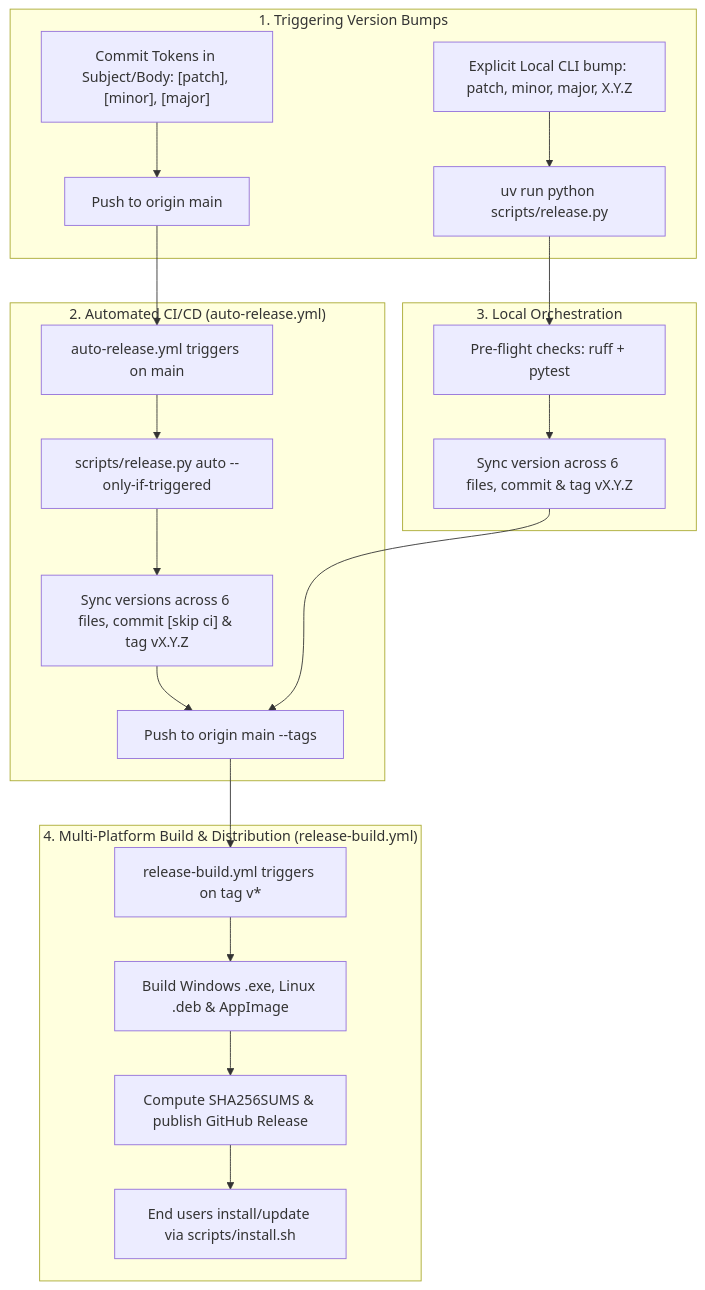
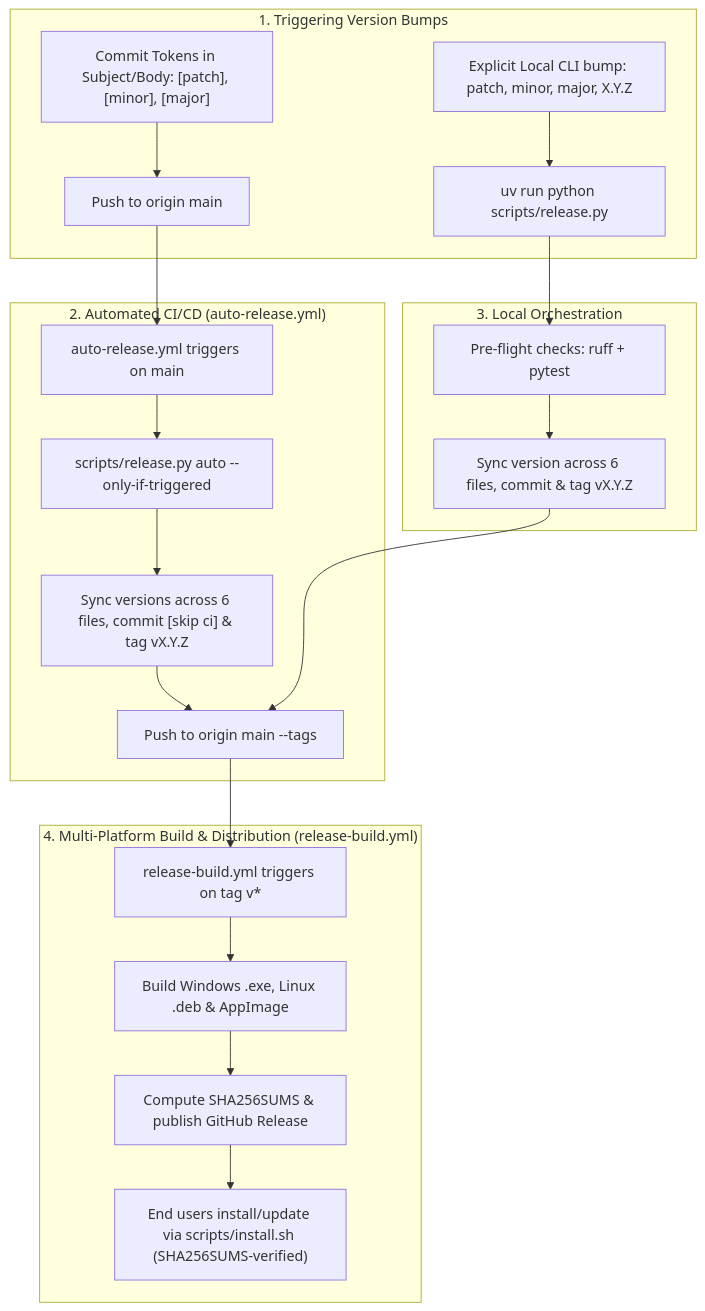
The diagram in docs/RELEASING.md (dishanagalawatta/SkillManager), drawn with Mermaid before and after one commit. The commit also changed other lines of this file and 4 other files, not shown here.

````diff
--- a/docs/RELEASING.md
+++ b/docs/RELEASING.md
@@ -11,27 +11,27 @@
 ```mermaid
 flowchart TD
     subgraph "1. Triggering Version Bumps"
         A1["Commit Tokens in Subject/Body: [patch], [minor], [major]"] --> B["Push to origin main"]
         A2["Explicit Local CLI bump: patch, minor, major, X.Y.Z"] --> C["uv run python scripts/release.py"]
     end
 
     subgraph "2. Automated CI/CD (auto-release.yml)"
         B --> D["auto-release.yml triggers on main"]
         D --> E["scripts/release.py auto --only-if-triggered"]
         E --> F["Sync versions across 6 files, commit [skip ci] & tag vX.Y.Z"]
         F --> G["Push to origin main --tags"]
     end
 
     subgraph "3. Local Orchestration"
         C --> H["Pre-flight checks: ruff + pytest"]
         H --> I["Sync version across 6 files, commit & tag vX.Y.Z"]
         I --> G
     end
 
     subgraph "4. Multi-Platform Build & Distribution (release-build.yml)"
         G --> J["release-build.yml triggers on tag v*"]
         J --> K["Build Windows .exe, Linux .deb & AppImage"]
         K --> L["Compute SHA256SUMS & publish GitHub Release"]
-        L --> M["End users install/update via scripts/install.sh"]
+        L --> M["End users install/update via scripts/install.sh (SHA256SUMS-verified)"]
     end
 ```
````
